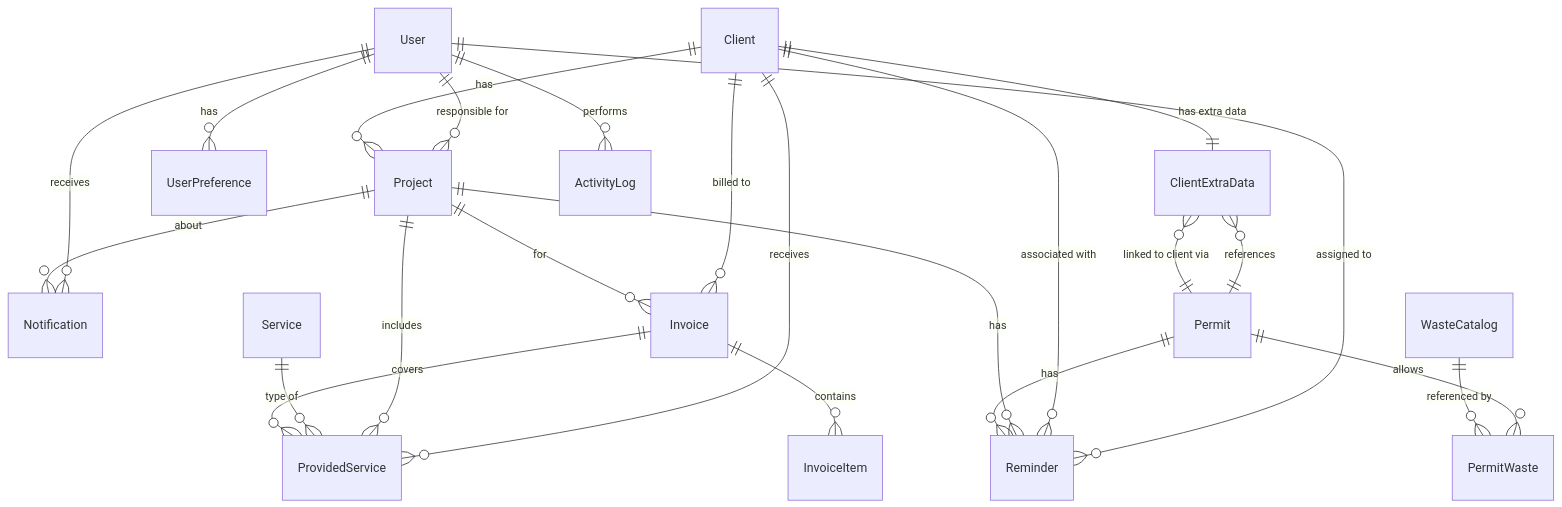
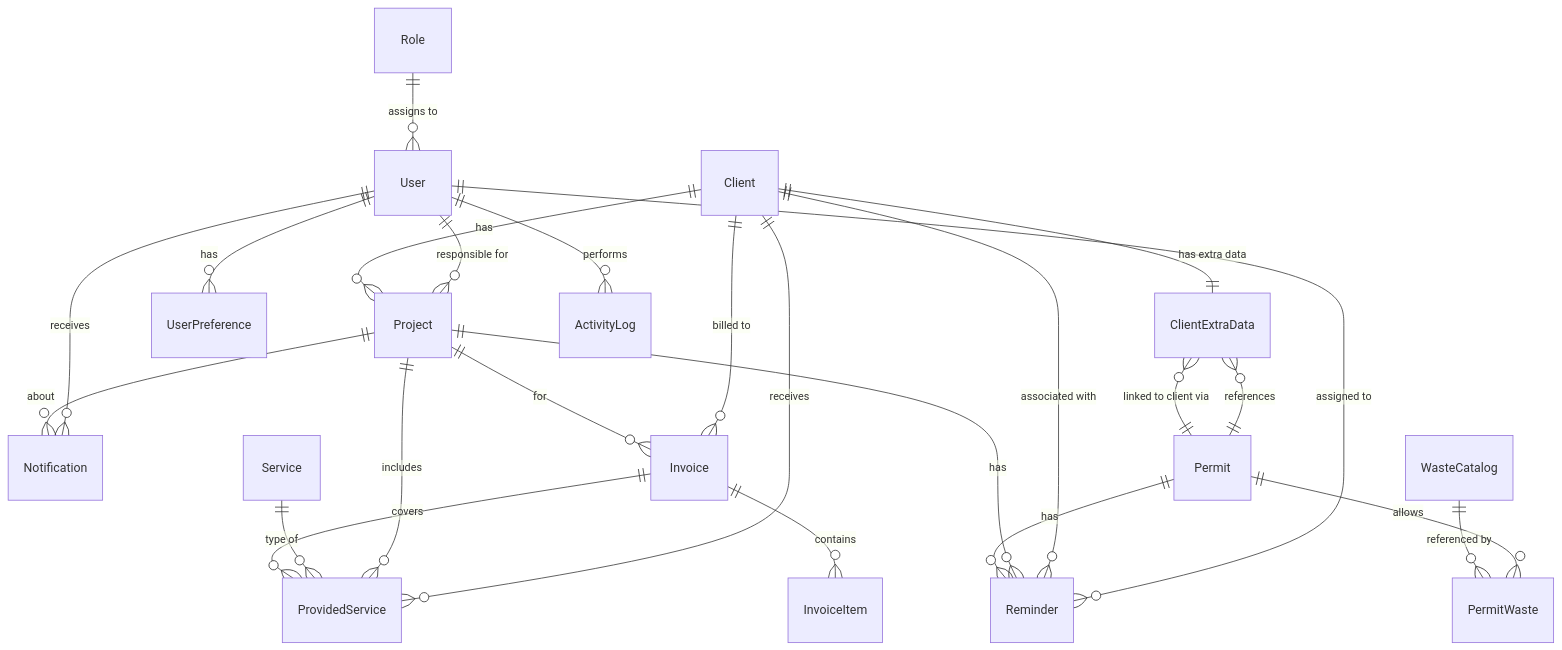
One commit to zigikralj/EGG_admin_server changed the diagram in docs/ARCHITECTURE.md. Above: the diagram before and after it, drawn with Mermaid. The commit also changed other lines of this file and 2 other files, not shown here.

````diff
--- a/docs/ARCHITECTURE.md
+++ b/docs/ARCHITECTURE.md
@@ -274,33 +275,34 @@
 ```mermaid
 erDiagram
+    Role ||--o{ User : "assigns to"
     User ||--o{ Project : "responsible for"
     User ||--o{ UserPreference : has
     User ||--o{ Notification : receives
     User ||--o{ Reminder : "assigned to"
 
     Client ||--o{ Project : has
     Client ||--o{ Reminder : "associated with"
     Client ||--o{ Invoice : "billed to"
     Client ||--o{ ProvidedService : "receives"
     Client ||--|| ClientExtraData : "has extra data"
 
     Project ||--o{ Reminder : "has"
     Project ||--o{ Notification : "about"
     Project ||--o{ Invoice : "for"
     Project ||--o{ ProvidedService : "includes"
 
     Service ||--o{ ProvidedService : "type of"
 
     Invoice ||--o{ InvoiceItem : "contains"
     Invoice ||--o{ ProvidedService : "covers"
 
     Permit ||--o{ Reminder : "has"
     Permit ||--o{ ClientExtraData : "linked to client via"
     Permit ||--o{ PermitWaste : "allows"
 
     WasteCatalog ||--o{ PermitWaste : "referenced by"
 
     ClientExtraData }o--|| Permit : "references"
     
     User ||--o{ ActivityLog : "performs"
 ```
````
